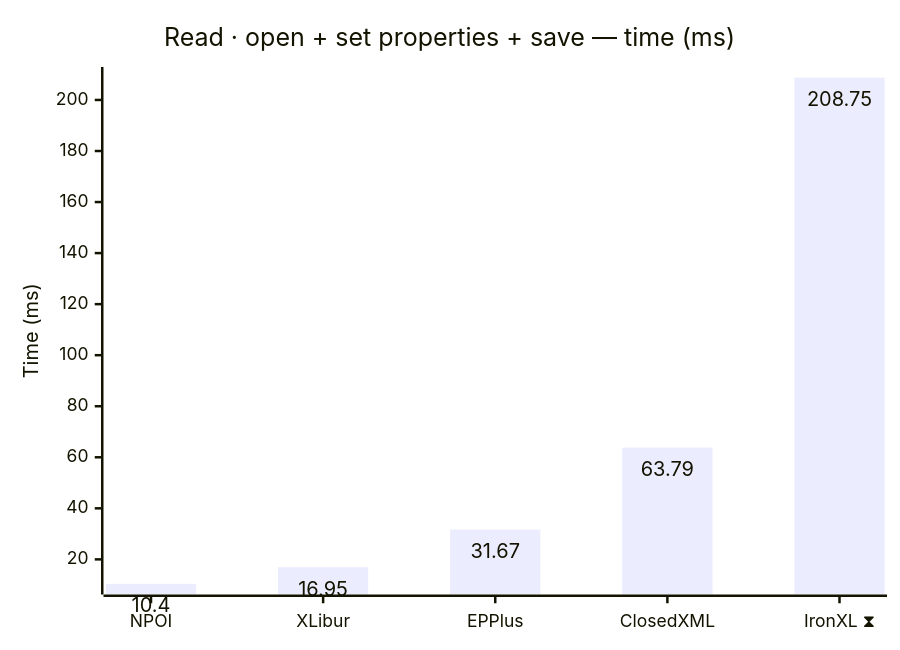
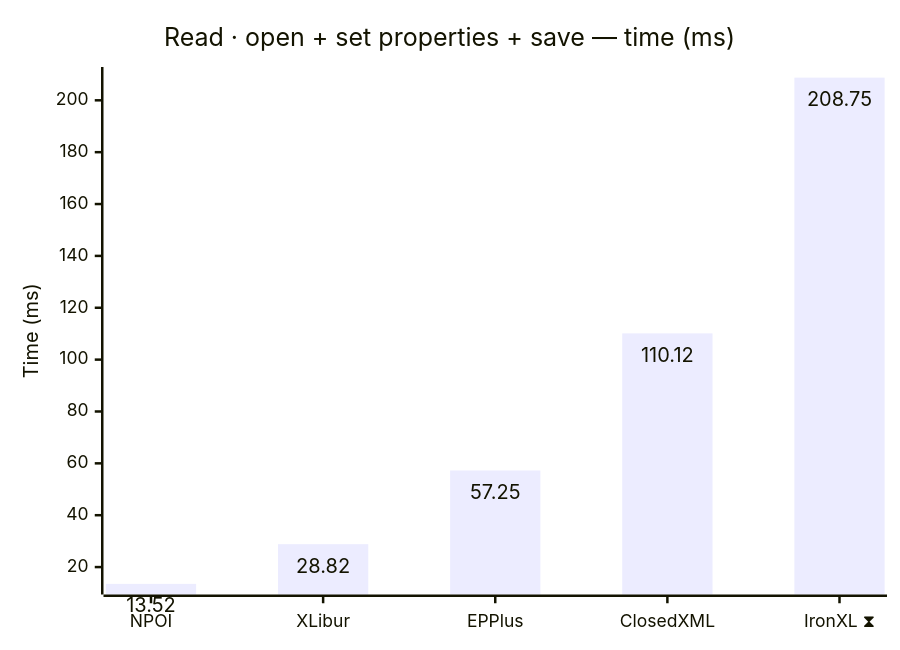
The first of 12 diagrams in docs/results-ci.md (jafin/XLBench), drawn with Mermaid before and after one commit. The commit also changed other lines of this file, not shown here.

````diff
--- a/docs/results-ci.md
+++ b/docs/results-ci.md
@@ -41,12 +41,12 @@
 ```mermaid
 ---
 config:
   xyChart:
     showDataLabel: true
 ---
 xychart-beta
     title "Read · open + set properties + save — time (ms)"
     x-axis ["NPOI", "XLibur", "EPPlus", "ClosedXML", "IronXL ⧗"]
     y-axis "Time (ms)"
-    bar [10.4, 16.95, 31.67, 63.79, 208.75]
+    bar [13.52, 28.82, 57.25, 110.12, 208.75]
 ```
````
